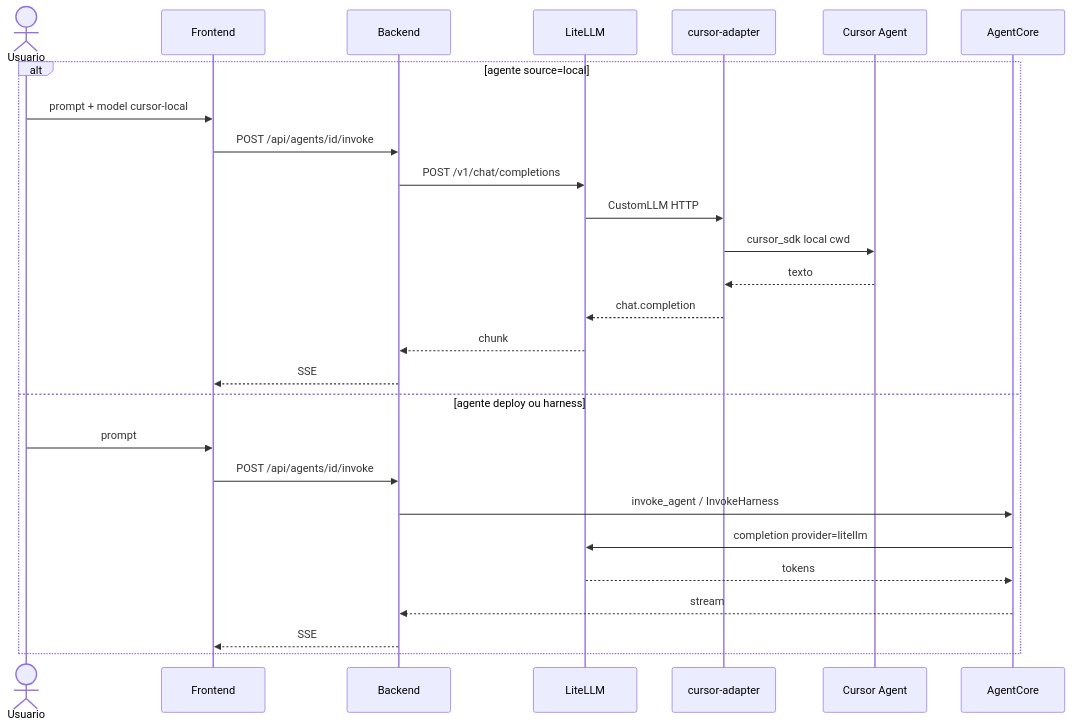
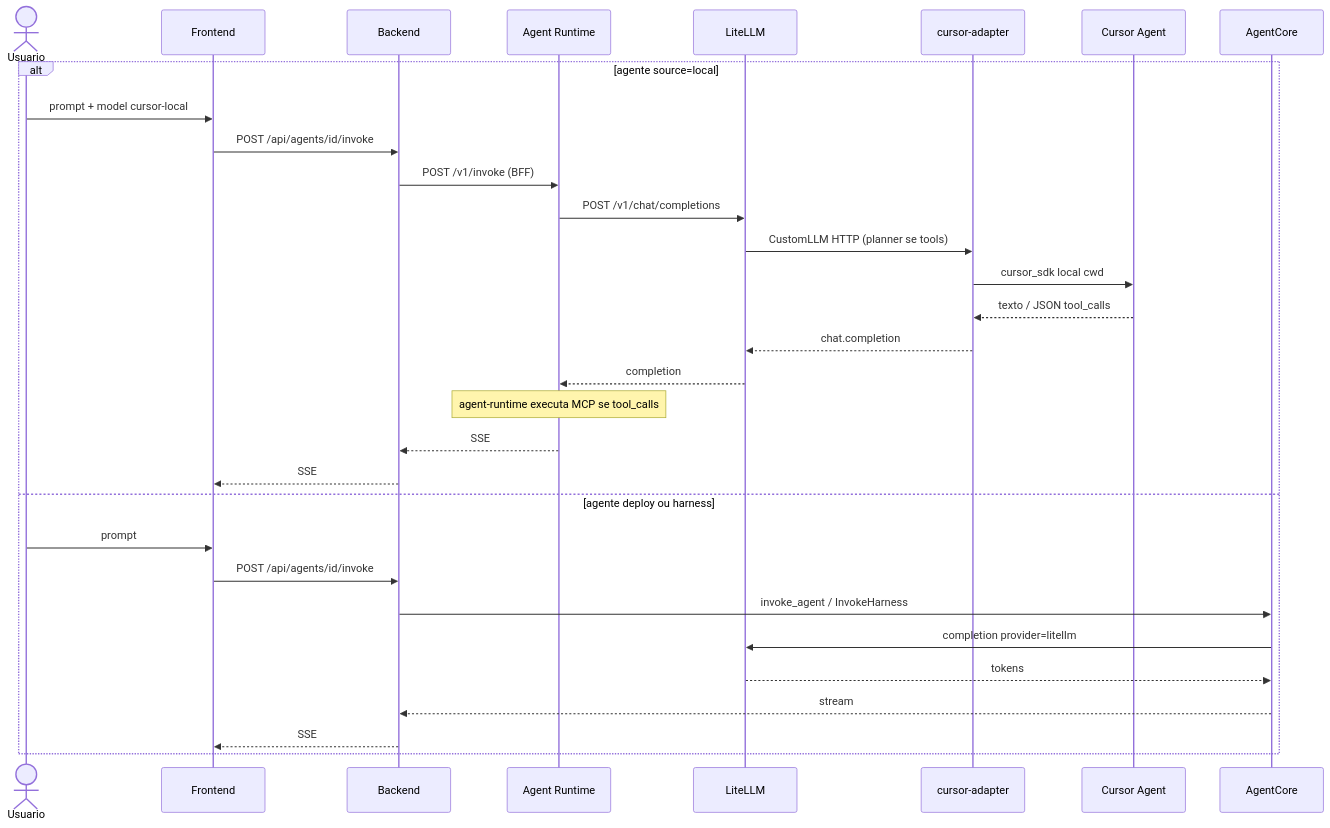
The second of 2 diagrams in docs/adr/0003-litellm-as-llm-gateway.md (awslabs/loom), drawn with Mermaid before and after one commit. The commit also changed other lines of this file and 19 other files, not shown here.

First line of the commit message:
feat: cursor-local planner mode with agent-runtime owning MCP

````diff
--- a/docs/adr/0003-litellm-as-llm-gateway.md
+++ b/docs/adr/0003-litellm-as-llm-gateway.md
@@ -107,30 +110,34 @@
 ```mermaid
 sequenceDiagram
     actor U as Usuario
     participant FE as Frontend
     participant BE as Backend
+    participant AR as Agent Runtime
     participant LT as LiteLLM
     participant AD as cursor-adapter
     participant CA as Cursor Agent
     participant AC as AgentCore
 
     alt agente source=local
         U->>FE: prompt + model cursor-local
         FE->>BE: POST /api/agents/id/invoke
-        BE->>LT: POST /v1/chat/completions
-        LT->>AD: CustomLLM HTTP
+        BE->>AR: POST /v1/invoke (BFF)
+        AR->>LT: POST /v1/chat/completions
+        LT->>AD: CustomLLM HTTP (planner se tools)
         AD->>CA: cursor_sdk local cwd
-        CA-->>AD: texto
+        CA-->>AD: texto / JSON tool_calls
         AD-->>LT: chat.completion
-        LT-->>BE: chunk
+        LT-->>AR: completion
+        Note over AR: agent-runtime executa MCP se tool_calls
+        AR-->>BE: SSE
         BE-->>FE: SSE
     else agente deploy ou harness
         U->>FE: prompt
         FE->>BE: POST /api/agents/id/invoke
         BE->>AC: invoke_agent / InvokeHarness
         AC->>LT: completion provider=litellm
         LT-->>AC: tokens
         AC-->>BE: stream
         BE-->>FE: SSE
     end
 ```
````
